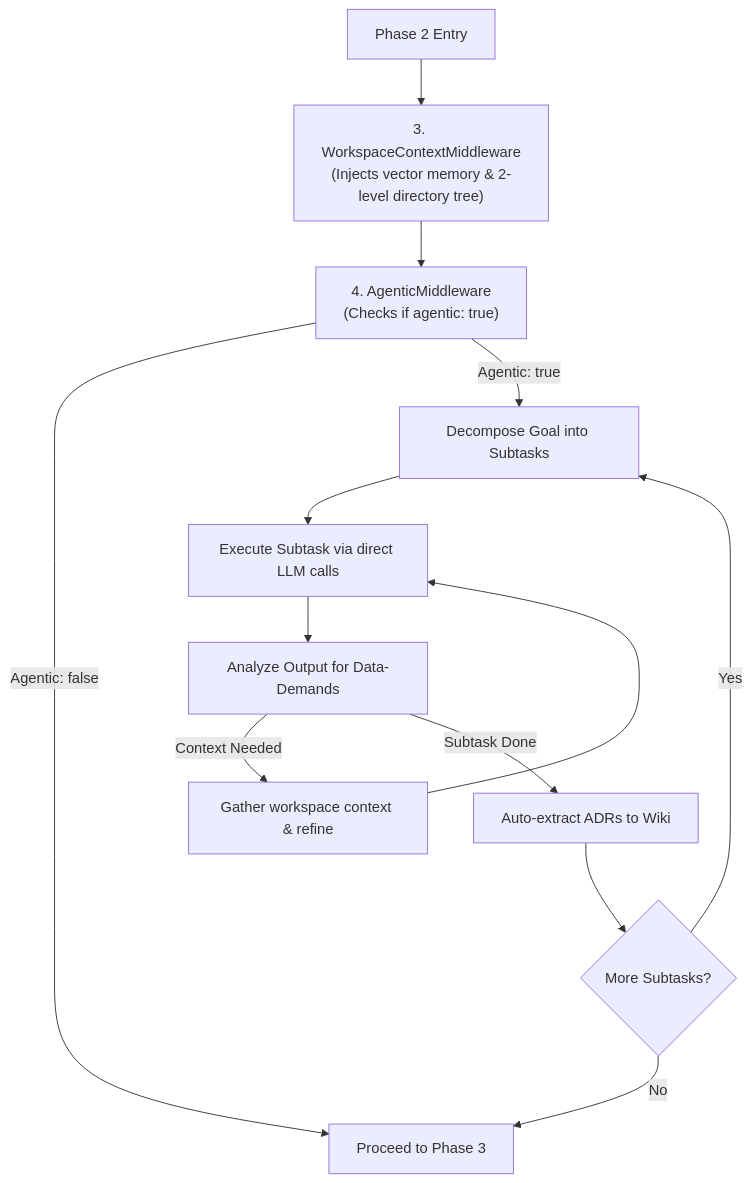
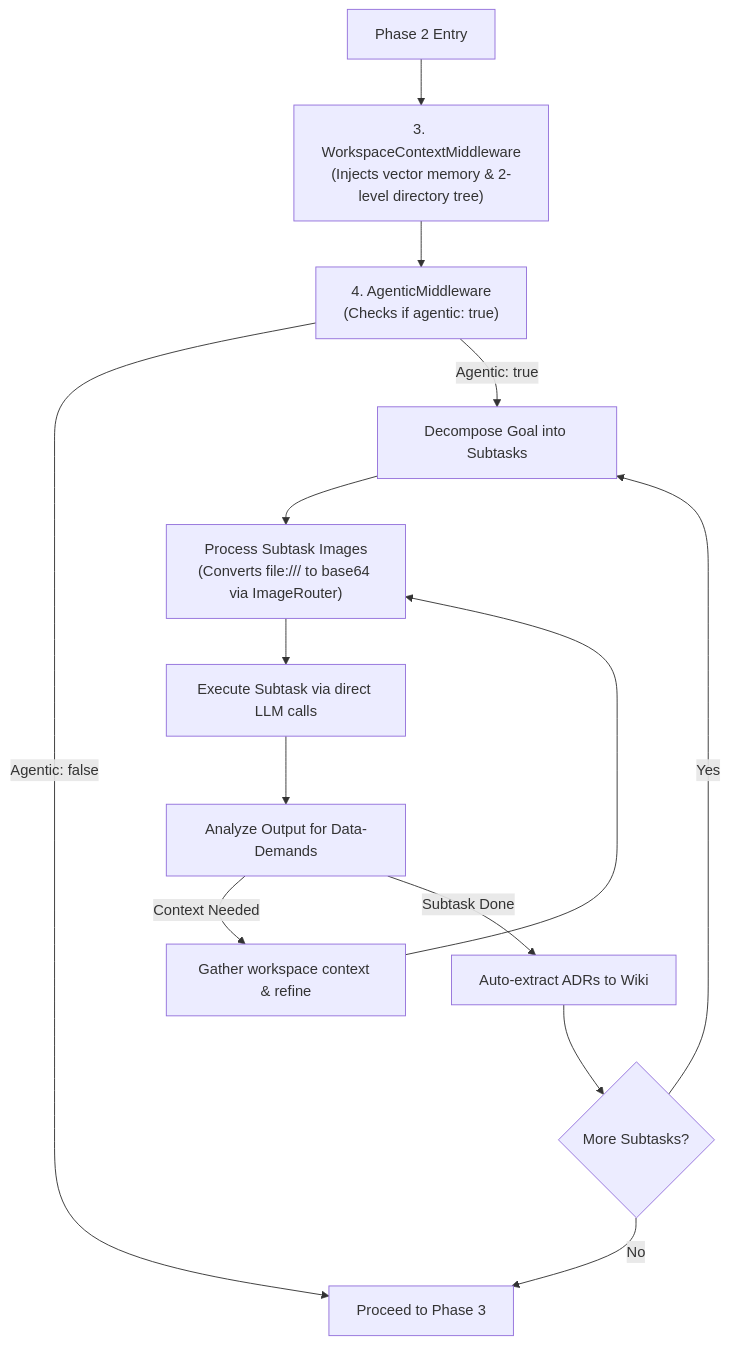
One commit to djmahe4/awesome-free-llm-apis changed the second of 3 diagrams in mcp-server/docs/guide.md. Above: the diagram before and after it, drawn with Mermaid. The commit also changed other lines of this file and 4 other files, not shown here.

Commit message:
Fixed subtask with image mention

````diff
--- a/mcp-server/docs/guide.md
+++ b/mcp-server/docs/guide.md
@@ -29,15 +29,16 @@
 ```mermaid
 graph TD
     A["Phase 2 Entry"] --> B["3. WorkspaceContextMiddleware<br/>(Injects vector memory & 2-level directory tree)"]
     B --> C["4. AgenticMiddleware<br/>(Checks if agentic: true)"]
     C -->|Agentic: false| D["Proceed to Phase 3"]
     C -->|Agentic: true| E["Decompose Goal into Subtasks"]
-    E --> F["Execute Subtask via direct LLM calls"]
-    F --> G["Analyze Output for Data-Demands"]
-    G -->|Context Needed| H["Gather workspace context & refine"]
-    H --> F
-    G -->|Subtask Done| I["Auto-extract ADRs to Wiki"]
-    I --> J{"More Subtasks?"}
-    J -->|Yes| E
-    J -->|No| D
+    E --> F["Process Subtask Images<br/>(Converts file:/// to base64 via ImageRouter)"]
+    F --> G["Execute Subtask via direct LLM calls"]
+    G --> H["Analyze Output for Data-Demands"]
+    H -->|Context Needed| I["Gather workspace context & refine"]
+    I --> F
+    H -->|Subtask Done| J["Auto-extract ADRs to Wiki"]
+    J --> K{"More Subtasks?"}
+    K -->|Yes| E
+    K -->|No| D
 ```
````
